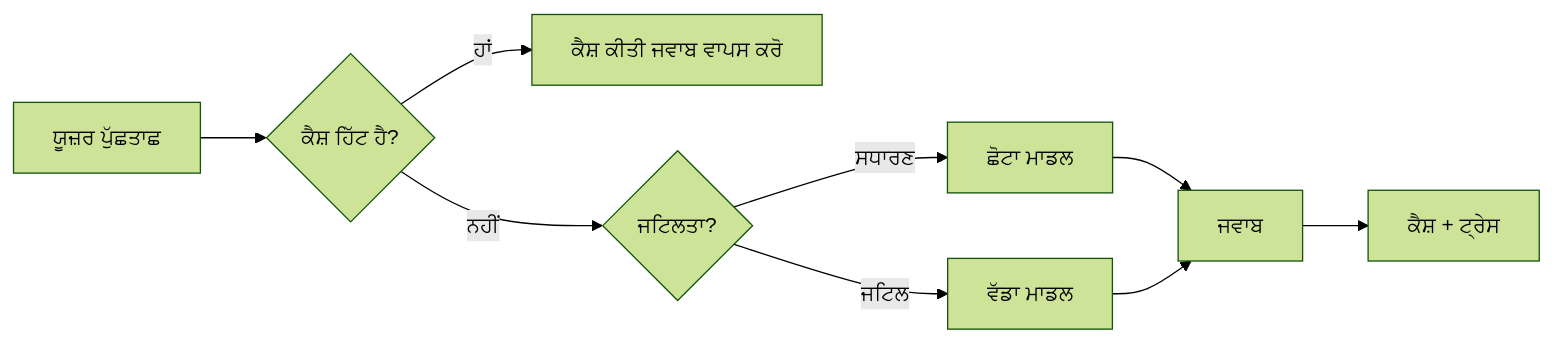
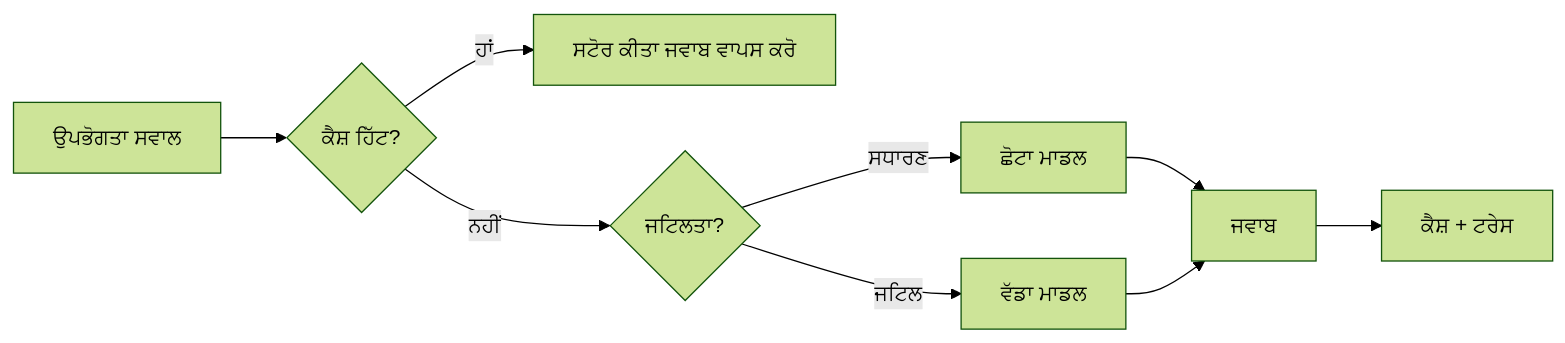
One commit to gabrielmoreira/agent-skills-mirror changed the third of 4 diagrams in mirrors/repos/microsoft@ai-agents-for-beginners/translations/pa/16-deploying-scalable-agents/README.md. Above: the diagram before and after it, drawn with Mermaid (forest theme). The commit also changed other lines of this file and 4262 other files, not shown here.

````diff
--- a/mirrors/repos/microsoft@ai-agents-for-beginners/translations/pa/16-deploying-scalable-agents/README.md
+++ b/mirrors/repos/microsoft@ai-agents-for-beginners/translations/pa/16-deploying-scalable-agents/README.md
@@ -134,11 +134,11 @@
 ```mermaid
 flowchart LR
-    Q[ਯੂਜ਼ਰ ਪੁੱਛਤਾਛ] --> C{ਕੈਸ਼ ਹਿੱਟ ਹੈ?}
-    C -->|ਹਾਂ| R[ਕੈਸ਼ ਕੀਤੀ ਜਵਾਬ ਵਾਪਸ ਕਰੋ]
+    Q[ਉਪਭੋਗਤਾ ਸਵਾਲ] --> C{ਕੈਸ਼ ਹਿੱਟ?}
+    C -->|ਹਾਂ| R[ਸਟੋਰ ਕੀਤਾ ਜਵਾਬ ਵਾਪਸ ਕਰੋ]
     C -->|ਨਹੀਂ| Router{ਜਟਿਲਤਾ?}
     Router -->|ਸਧਾਰਣ| SLM[ਛੋਟਾ ਮਾਡਲ]
     Router -->|ਜਟਿਲ| LLM[ਵੱਡਾ ਮਾਡਲ]
     SLM --> Out[ਜਵਾਬ]
     LLM --> Out
-    Out --> Store[ਕੈਸ਼ + ਟ੍ਰੇਸ]
+    Out --> Store[ਕੈਸ਼ + ਟਰੇਸ]
 ```
````
